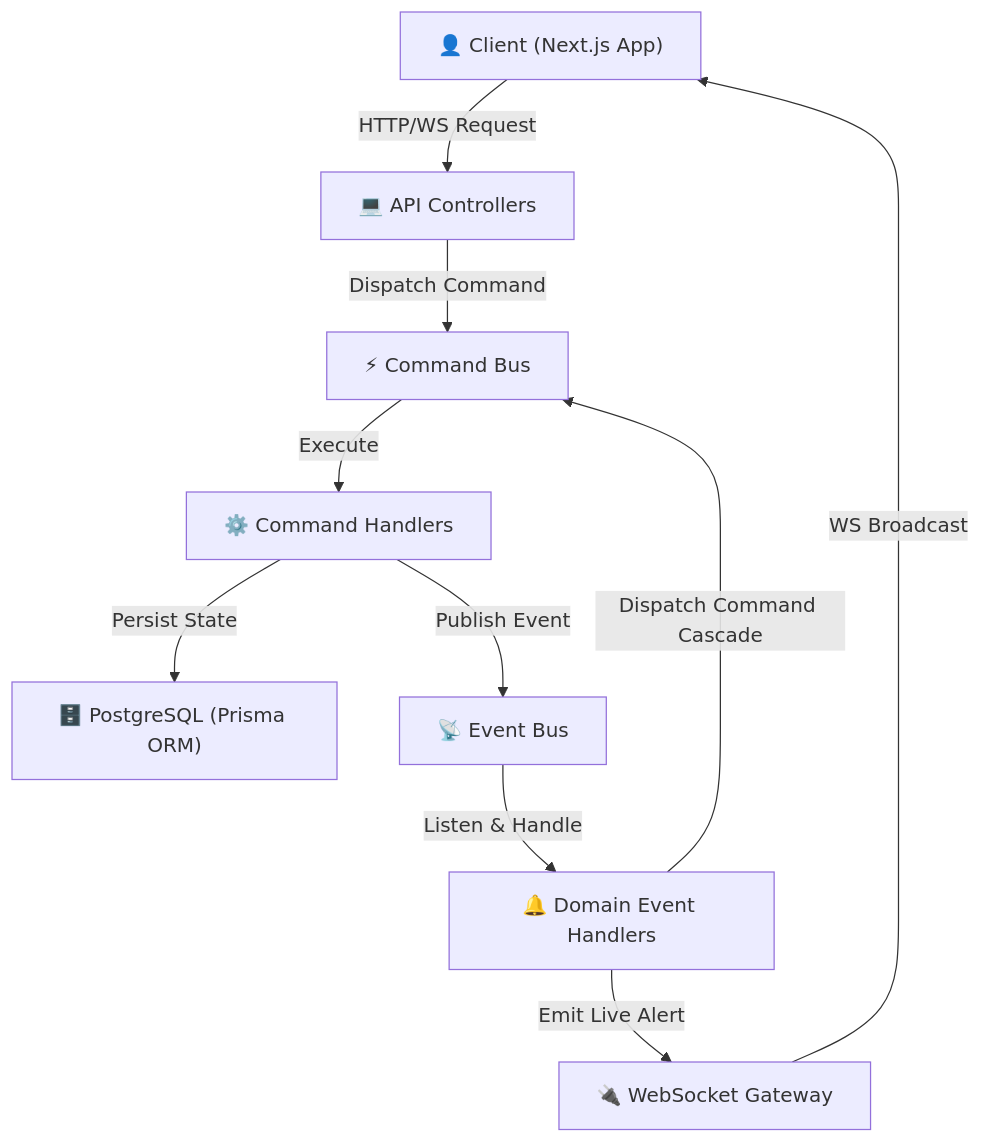
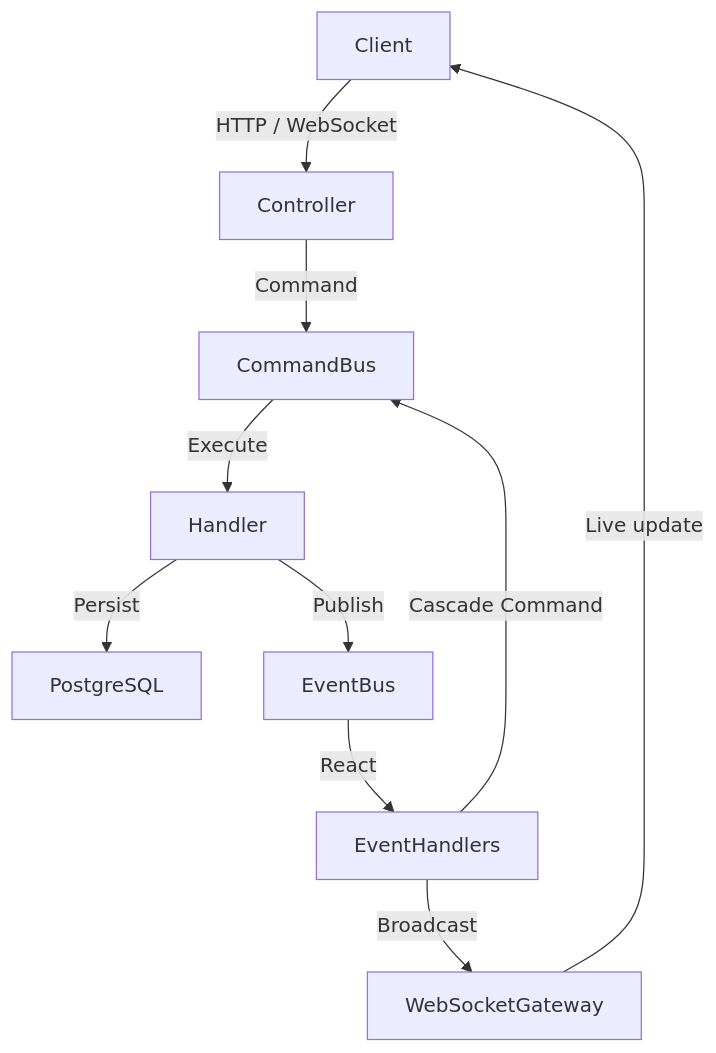
The diagram in README.md (trhgatu/forge-os), drawn with Mermaid before and after one commit. The commit also changed other lines of this file, not shown here.

````diff
--- a/README.md
+++ b/README.md
@@ -44,19 +40,12 @@
 ```mermaid
 graph TD
-    %% Client Request
-    Client["👤 Client (Next.js App)"] -->|HTTP/WS Request| Controller["💻 API Controllers"]
-    
-    %% CQRS Command flow
-    Controller -->|Dispatch Command| CommandBus["⚡ Command Bus"]
-    CommandBus -->|Execute| Handler["⚙️ Command Handlers"]
-    Handler -->|Persist State| DB["🗄️ PostgreSQL (Prisma ORM)"]
-    
-    %% Event cascade
-    Handler -->|Publish Event| EventBus["📡 Event Bus"]
-    EventBus -->|Listen & Handle| EventHandler["🔔 Domain Event Handlers"]
-    EventHandler -->|Dispatch Command Cascade| CommandBus
-    
-    %% Socket notifications
-    EventHandler -->|Emit Live Alert| Sockets["🔌 WebSocket Gateway"]
-    Sockets -->|WS Broadcast| Client
+    Client -->|HTTP / WebSocket| Controller
+    Controller -->|Command| CommandBus
+    CommandBus -->|Execute| Handler
+    Handler -->|Persist| PostgreSQL
+    Handler -->|Publish| EventBus
+    EventBus -->|React| EventHandlers
+    EventHandlers -->|Cascade Command| CommandBus
+    EventHandlers -->|Broadcast| WebSocketGateway
+    WebSocketGateway -->|Live update| Client
 ```
````
